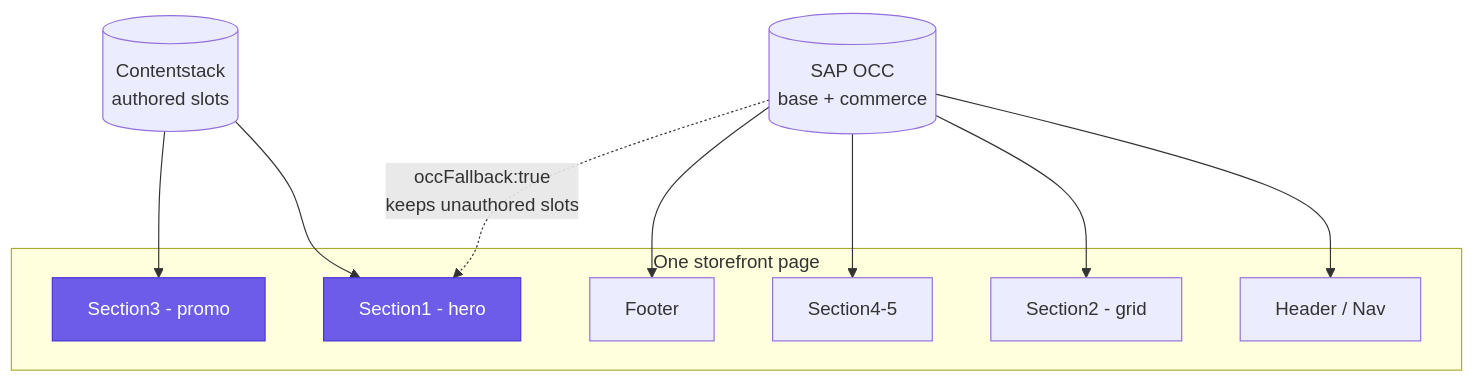
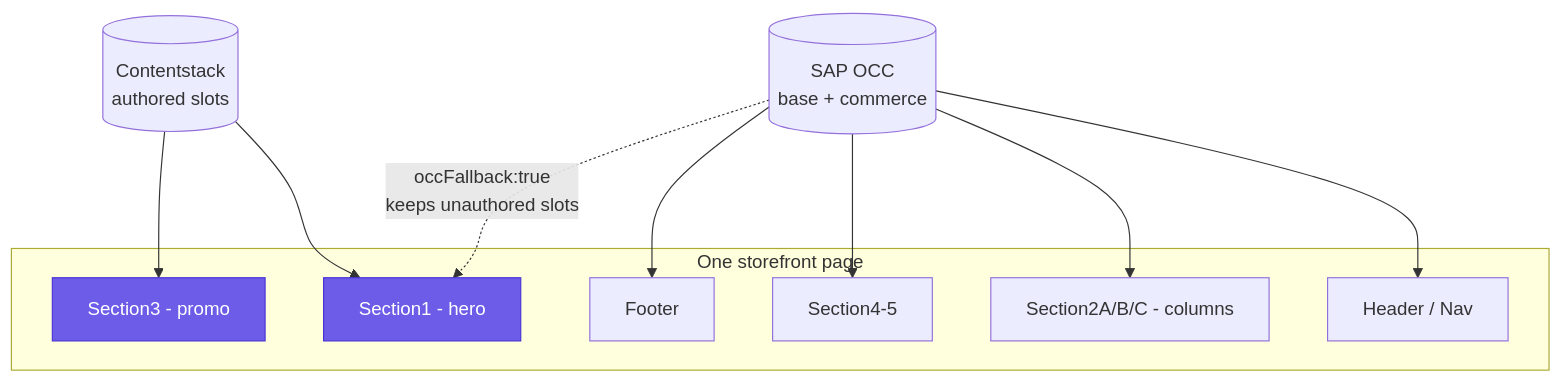
Before and after one commit to contentstack/contentstack-spartacus-connector: the diagram in docs/overview.md, drawn with Mermaid. The commit also changed 7 other files, not shown here.

````diff
--- a/docs/overview.md
+++ b/docs/overview.md
@@ -35,21 +35,21 @@
 ```mermaid
 flowchart TB
     subgraph Page["One storefront page"]
         H[Header / Nav]
         S1[Section1 - hero]
-        S2[Section2 - grid]
+        S2[Section2A/B/C - columns]
         S3[Section3 - promo]
         S4[Section4-5]
         F[Footer]
     end
     OCC[(SAP OCC<br/>base + commerce)] --> H
     OCC --> S2
     OCC --> S4
     OCC --> F
     CS[(Contentstack<br/>authored slots)] --> S1
     CS --> S3
     OCC -. occFallback:true<br/>keeps unauthored slots .-> S1
 
     classDef cs fill:#6C5CE7,color:#ffffff,stroke:#4834d4;
     class S1,S3 cs;
 ```
````
